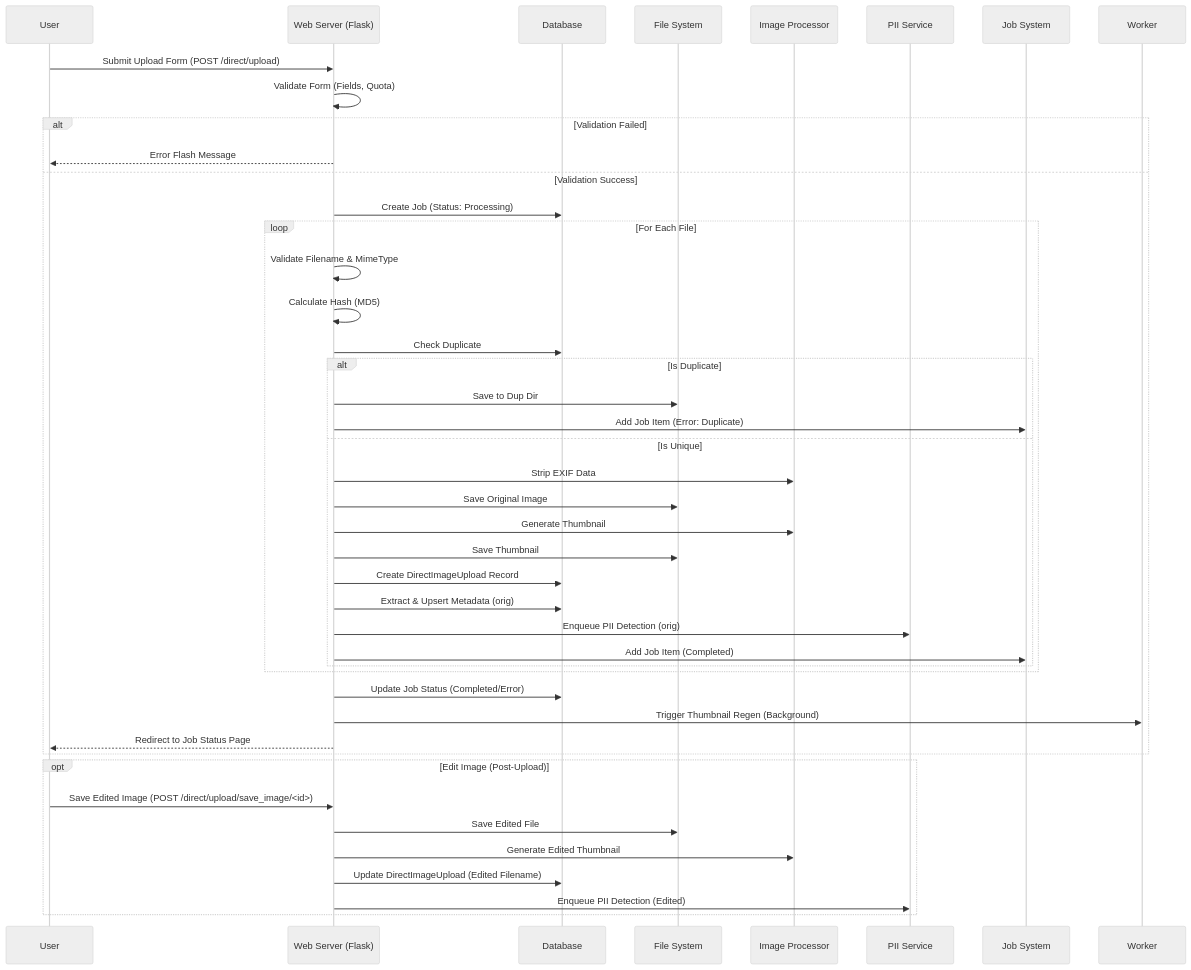
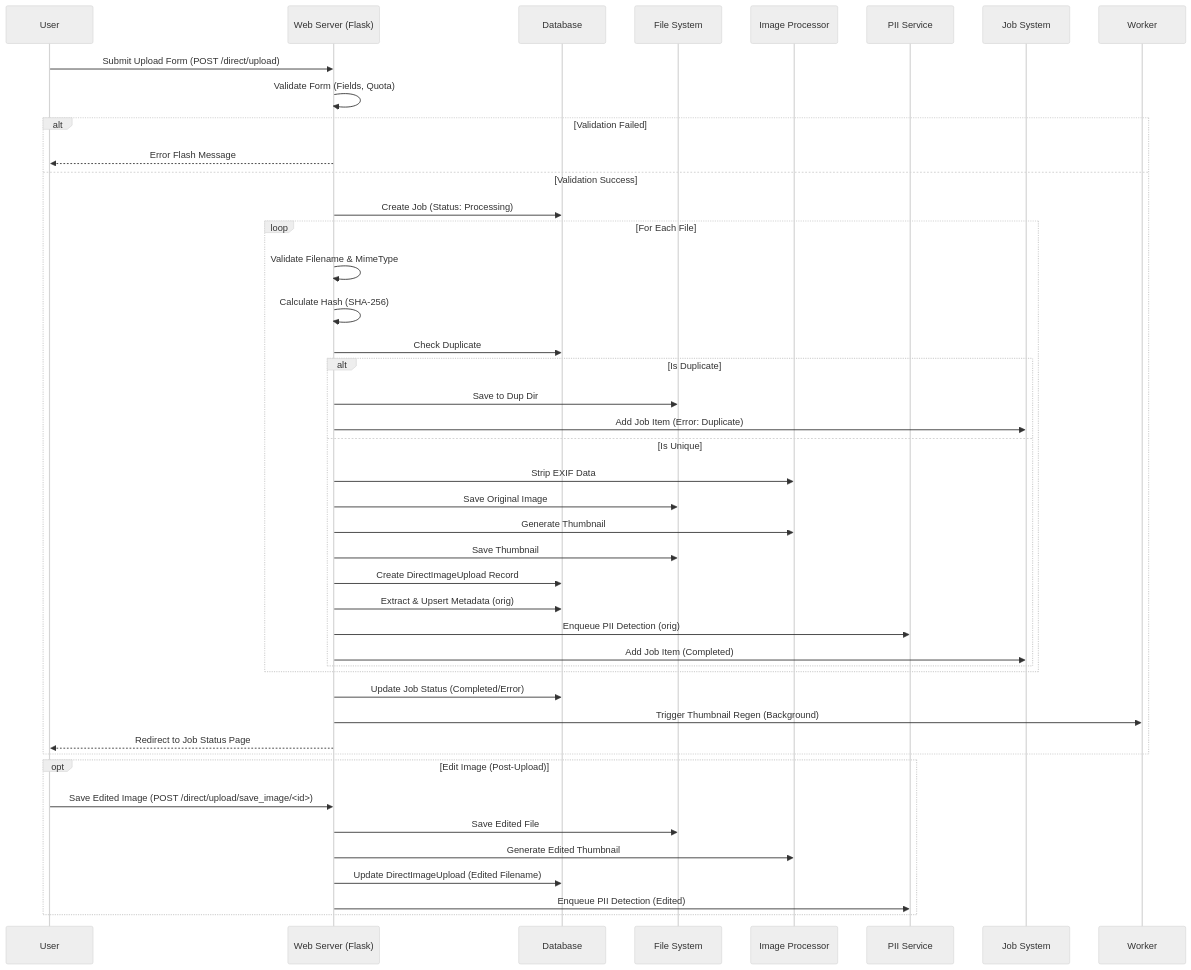
Before and after one commit to drguptavivek/fundus_img_xtract: the diagram in docs/08-Workflow/02-Direct_Upload_Workflow.md, drawn with Mermaid (neutral theme). The commit also changed other lines of this file and 8 other files, not shown here.

````diff
--- a/docs/08-Workflow/02-Direct_Upload_Workflow.md
+++ b/docs/08-Workflow/02-Direct_Upload_Workflow.md
@@ -10,52 +61,52 @@
 ```mermaid
 sequenceDiagram
     participant User
     participant WebServer as Web Server (Flask)
     participant DB as Database
     participant FileSystem as File System
     participant ImageProc as Image Processor
     participant PII as PII Service
     participant JobSystem as Job System
 
     User->>WebServer: Submit Upload Form (POST /direct/upload)
     WebServer->>WebServer: Validate Form (Fields, Quota)
     
     alt Validation Failed
         WebServer-->>User: Error Flash Message
     else Validation Success
         WebServer->>DB: Create Job (Status: Processing)
         
         loop For Each File
             WebServer->>WebServer: Validate Filename & MimeType
-            WebServer->>WebServer: Calculate Hash (MD5)
+            WebServer->>WebServer: Calculate Hash (SHA-256)
             WebServer->>DB: Check Duplicate
             
             alt Is Duplicate
                 WebServer->>FileSystem: Save to Dup Dir
                 WebServer->>JobSystem: Add Job Item (Error: Duplicate)
             else Is Unique
                 WebServer->>ImageProc: Strip EXIF Data
                 WebServer->>FileSystem: Save Original Image
                 WebServer->>ImageProc: Generate Thumbnail
                 WebServer->>FileSystem: Save Thumbnail
                 
                 WebServer->>DB: Create DirectImageUpload Record
                 WebServer->>DB: Extract & Upsert Metadata (orig)
                 WebServer->>PII: Enqueue PII Detection (orig)
                 WebServer->>JobSystem: Add Job Item (Completed)
             end
         end
         
         WebServer->>DB: Update Job Status (Completed/Error)
         WebServer->>Worker: Trigger Thumbnail Regen (Background)
         WebServer-->>User: Redirect to Job Status Page
     end
     
     opt Edit Image (Post-Upload)
         User->>WebServer: Save Edited Image (POST /direct/upload/save_image/<id>)
         WebServer->>FileSystem: Save Edited File
         WebServer->>ImageProc: Generate Edited Thumbnail
         WebServer->>DB: Update DirectImageUpload (Edited Filename)
         WebServer->>PII: Enqueue PII Detection (Edited)
     end
 ```
````
